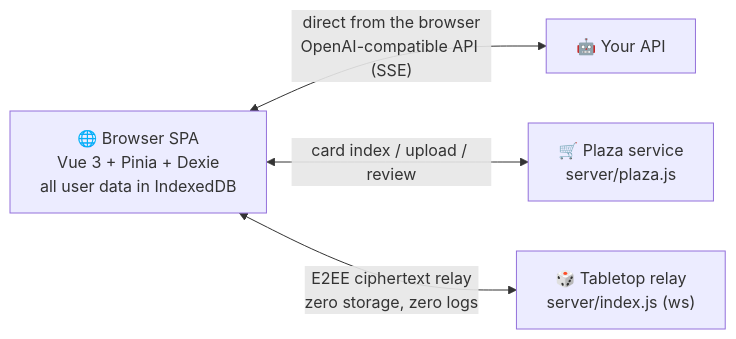
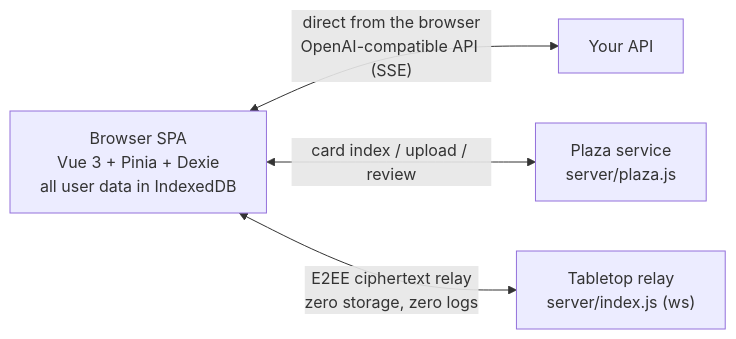
Before and after one commit to dfzjb/rp-xingyu: the diagram in README.en.md, drawn with Mermaid. The commit also changed other lines of this file and 1 other file, not shown here.

````diff
--- a/README.en.md
+++ b/README.en.md
@@ -84,7 +77,7 @@
 ```mermaid
 graph LR
-    B["🌐 Browser SPA<br/>Vue 3 + Pinia + Dexie<br/>all user data in IndexedDB"]
-    B <-- "direct from the browser<br/>OpenAI-compatible API (SSE)" --> A["🤖 Your API"]
-    B <-- "card index / upload / review" --> P["🛒 Plaza service<br/>server/plaza.js"]
-    B <-- "E2EE ciphertext relay<br/>zero storage, zero logs" --> R["🎲 Tabletop relay<br/>server/index.js (ws)"]
+    B["Browser SPA<br/>Vue 3 + Pinia + Dexie<br/>all user data in IndexedDB"]
+    B <-- "direct from the browser<br/>OpenAI-compatible API (SSE)" --> A["Your API"]
+    B <-- "card index / upload / review" --> P["Plaza service<br/>server/plaza.js"]
+    B <-- "E2EE ciphertext relay<br/>zero storage, zero logs" --> R["Tabletop relay<br/>server/index.js (ws)"]
 ```
````
